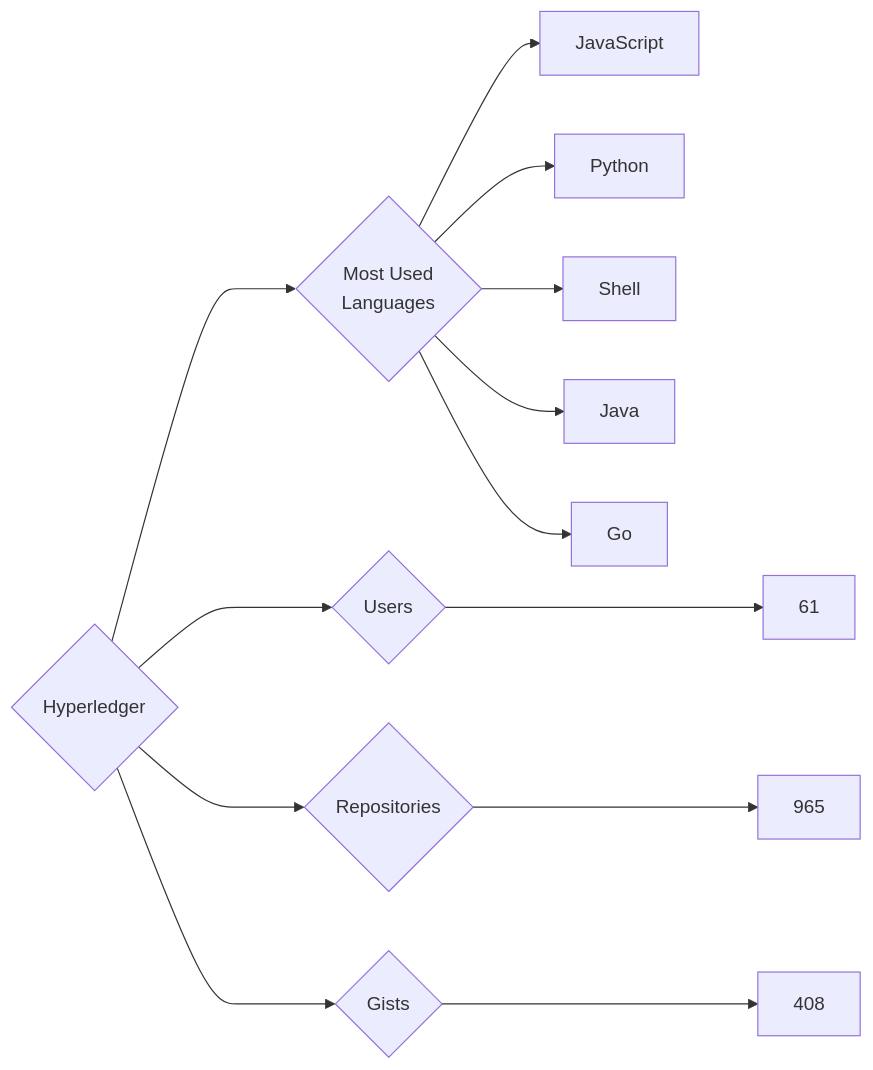
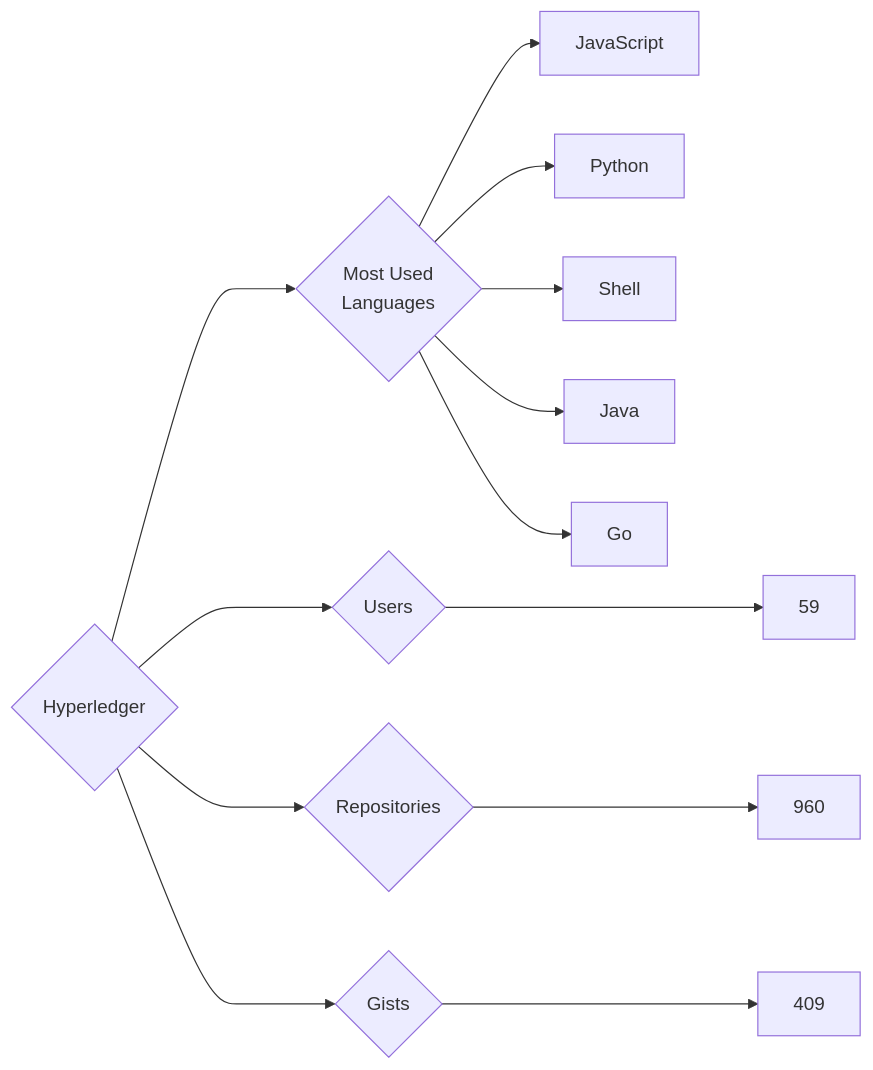
One commit to trickest/insiders changed the diagram in targets/Hyperledger/README.md. Above: the diagram before and after it, drawn with Mermaid. The commit also changed 916 other files, not shown here.

````diff
--- a/targets/Hyperledger/README.md
+++ b/targets/Hyperledger/README.md
@@ -3,13 +3,13 @@
 ```mermaid
 graph LR
 COMPANY_NAME{Hyperledger}
-COMPANY_NAME ---> U{Users} ---> UN[61]
-COMPANY_NAME ---> R{Repositories} ---> RN[965]
-COMPANY_NAME ---> G{Gists} ---> GN[408]
+COMPANY_NAME ---> U{Users} ---> UN[59]
+COMPANY_NAME ---> R{Repositories} ---> RN[960]
+COMPANY_NAME ---> G{Gists} ---> GN[409]
 COMPANY_NAME ---> ML{Most Used<br>Languages}
 ML --> JavaScript[JavaScript]
 ML --> Python[Python]
 ML --> Shell[Shell]
 ML --> Java[Java]
 ML --> Go[Go]
 ```
````
